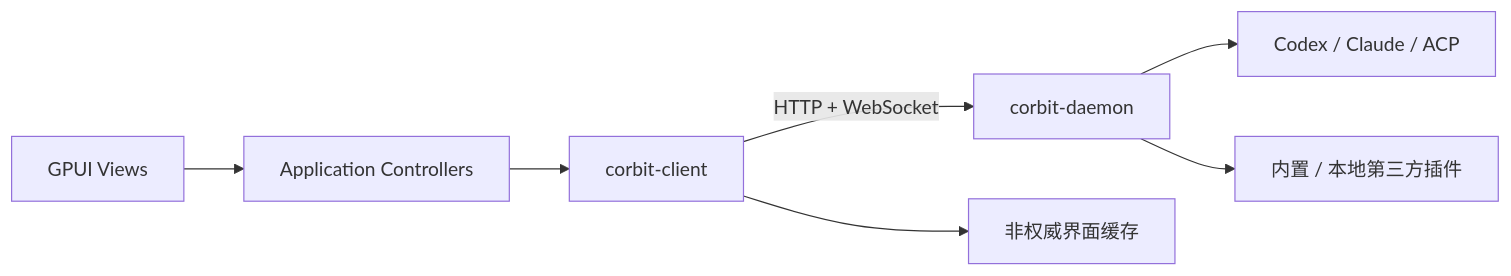
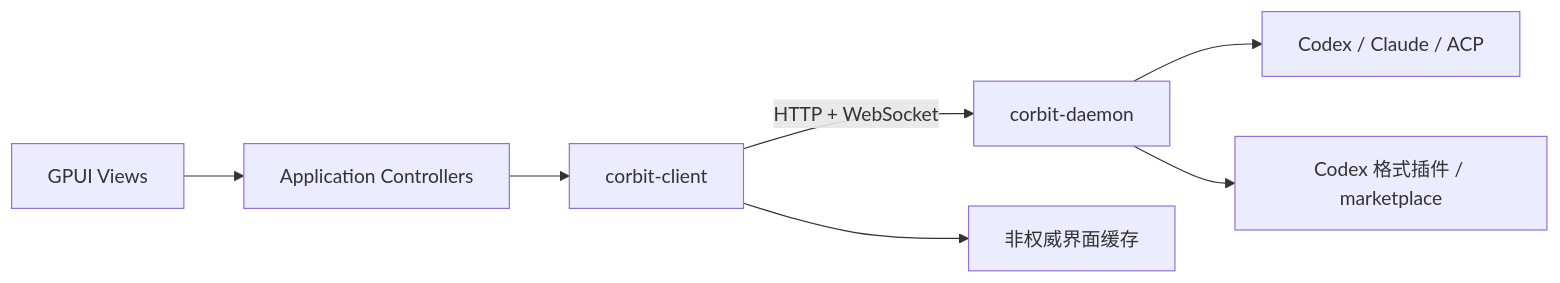
The diagram in README.md (wfu-work/corbit-app), drawn with Mermaid before and after one commit. The commit also changed other lines of this file and 60 other files, not shown here.

````diff
--- a/README.md
+++ b/README.md
@@ -26,9 +26,9 @@
 ```mermaid
 flowchart LR
     View["GPUI Views"] --> Controller["Application Controllers"]
     Controller --> Client["corbit-client"]
     Client -->|"HTTP + WebSocket"| Daemon["corbit-daemon"]
     Daemon --> Providers["Codex / Claude / ACP"]
-    Daemon --> Plugins["内置 / 本地第三方插件"]
+    Daemon --> Plugins["Codex 格式插件 / marketplace"]
     Client --> Cache["非权威界面缓存"]
 ```
````
